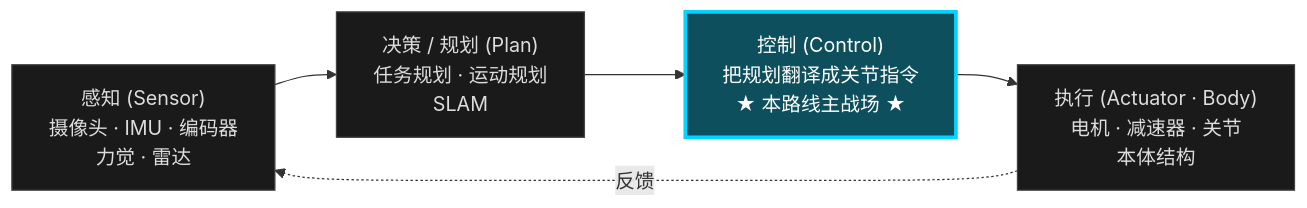
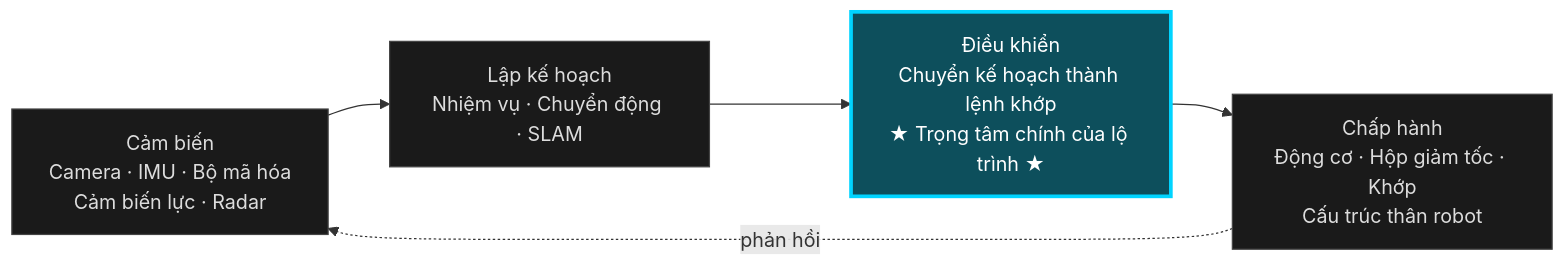
Before and after one commit to ledinhtuyen/Robotics_Notebooks: the third of 33 diagrams in roadmap/motion-control.md, drawn with Mermaid. The commit also changed other lines of this file, not shown here.

Commit message:
docs(roadmap): 完成 motion-control 全文越南语翻译

````diff
--- a/roadmap/motion-control.md
+++ b/roadmap/motion-control.md
@@ -213,15 +215,15 @@
 ```mermaid
 flowchart LR
-  Sensor["感知 (Sensor)<br/>摄像头 · IMU · 编码器<br/>力觉 · 雷达"]
-  Plan["决策 / 规划 (Plan)<br/>任务规划 · 运动规划<br/>SLAM"]
-  Control["控制 (Control)<br/>把规划翻译成关节指令<br/>★ 本路线主战场 ★"]
-  Body["执行 (Actuator · Body)<br/>电机 · 减速器 · 关节<br/>本体结构"]
+  Sensor["Cảm biến<br/>Camera · IMU · Bộ mã hóa<br/>Cảm biến lực · Radar"]
+  Plan["Lập kế hoạch<br/>Nhiệm vụ · Chuyển động · SLAM"]
+  Control["Điều khiển<br/>Chuyển kế hoạch thành lệnh khớp<br/>★ Trọng tâm chính của lộ trình ★"]
+  Body["Chấp hành<br/>Động cơ · Hộp giảm tốc · Khớp<br/>Cấu trúc thân robot"]
 
   Sensor --> Plan --> Control --> Body
-  Body -. 反馈 .-> Sensor
+  Body -. phản hồi .-> Sensor
 
   classDef mainFocus fill:#0d4f5c,stroke:#00d4ff,stroke-width:3px,color:#fff
   classDef other fill:#1a1a1a,stroke:#444,color:#ddd
   class Control mainFocus
   class Sensor,Plan,Body other
 ```
````
